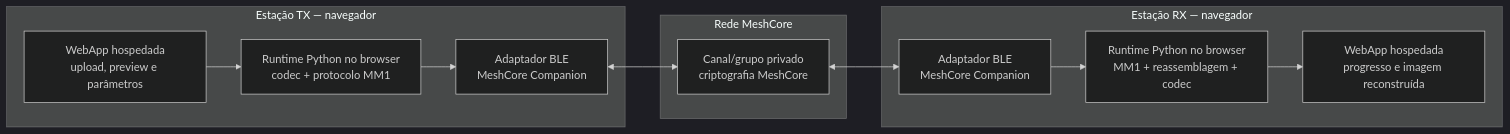
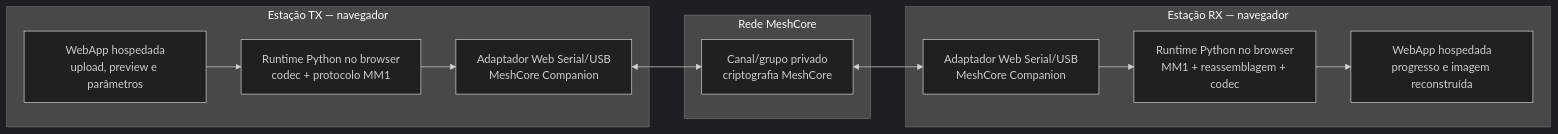
Before and after one commit to FernandoPucci/meshmedia-lab: the third of 3 diagrams in sdd/sdd.md, drawn with Mermaid (dark theme). The commit also changed other lines of this file and 11 other files, not shown here.

Commit message:
feat(webapp): switch PoC to Web Serial

````diff
--- a/sdd/sdd.md
+++ b/sdd/sdd.md
@@ -1824,19 +1826,19 @@
 ```mermaid
 flowchart LR
     subgraph TX["Estação TX — navegador"]
         TUI["WebApp hospedada<br/>upload, preview e parâmetros"]
         TCORE["Runtime Python no browser<br/>codec + protocolo MM1"]
-        TBLE["Adaptador BLE<br/>MeshCore Companion"]
-        TUI --> TCORE --> TBLE
+        TSERIAL["Adaptador Web Serial/USB<br/>MeshCore Companion"]
+        TUI --> TCORE --> TSERIAL
     end
     subgraph RADIO["Rede MeshCore"]
         CH["Canal/grupo privado<br/>criptografia MeshCore"]
     end
     subgraph RX["Estação RX — navegador"]
-        RBLE["Adaptador BLE<br/>MeshCore Companion"]
+        RSERIAL["Adaptador Web Serial/USB<br/>MeshCore Companion"]
         RCORE["Runtime Python no browser<br/>MM1 + reassemblagem + codec"]
         RUI["WebApp hospedada<br/>progresso e imagem reconstruída"]
-        RBLE --> RCORE --> RUI
+        RSERIAL --> RCORE --> RUI
     end
-    TBLE <--> CH <--> RBLE
+    TSERIAL <--> CH <--> RSERIAL
 ```
````
